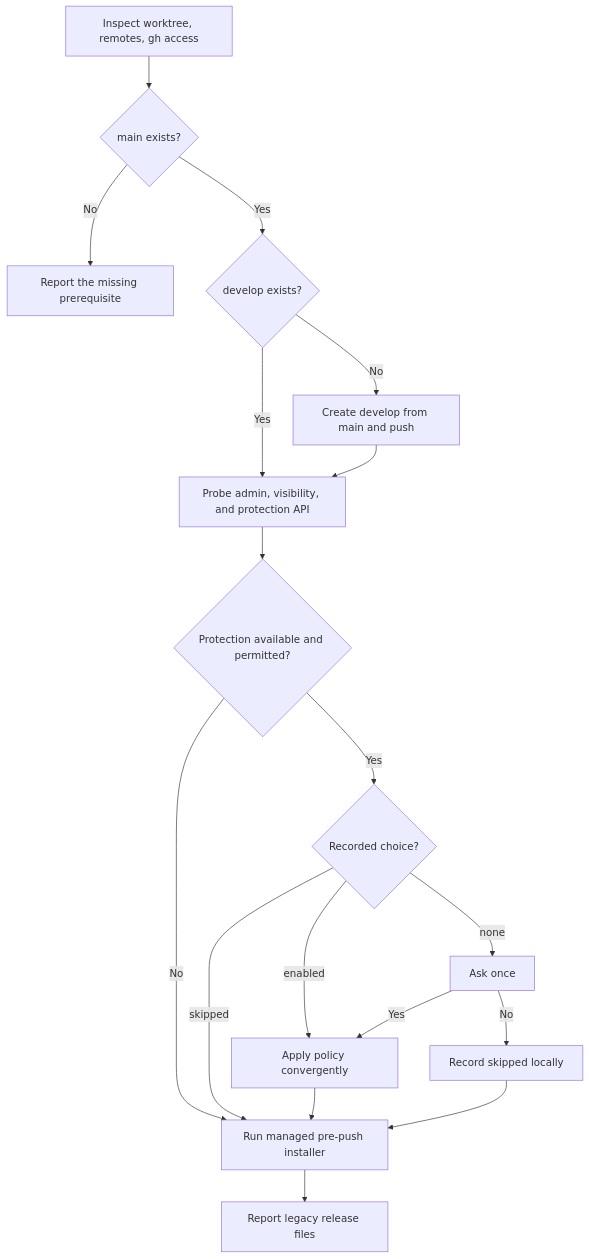
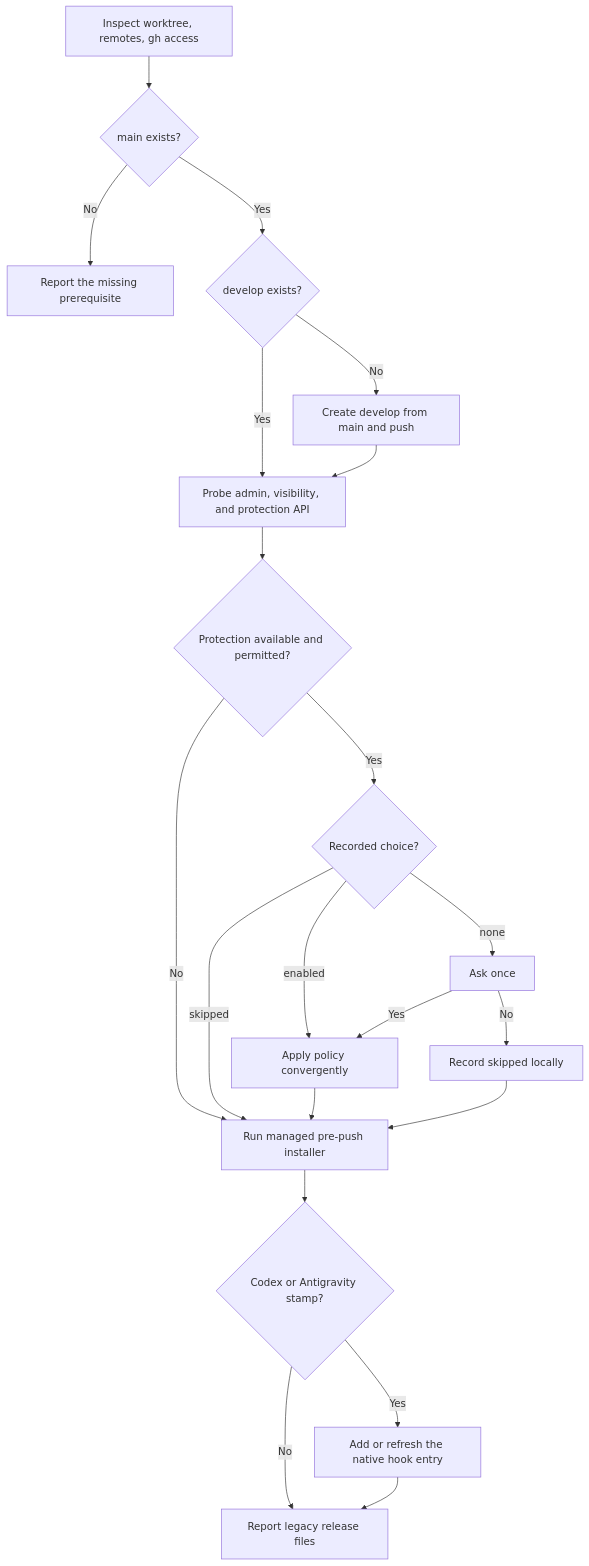
One commit to 0x0w1/jig changed the diagram in docs/en/skills/github-sync.md. Above: the diagram before and after it, drawn with Mermaid. The commit also changed other lines of this file and 43 other files, not shown here.

````diff
--- a/docs/en/skills/github-sync.md
+++ b/docs/en/skills/github-sync.md
@@ -23,20 +23,23 @@
 ```mermaid
 flowchart TD
     Inspect[Inspect worktree, remotes, gh access] --> Main{main exists?}
     Main -- No --> Stop[Report the missing prerequisite]
     Main -- Yes --> Develop{develop exists?}
     Develop -- No --> Create[Create develop from main and push]
     Develop -- Yes --> Probe
     Create --> Probe[Probe admin, visibility, and protection API]
     Probe --> Available{Protection available and permitted?}
     Available -- No --> Guard[Run managed pre-push installer]
     Available -- Yes --> Choice{Recorded choice?}
     Choice -- enabled --> Apply[Apply policy convergently]
     Choice -- skipped --> Guard
     Choice -- none --> Ask[Ask once]
     Ask -- Yes --> Apply
     Ask -- No --> Record[Record skipped locally]
     Apply --> Guard
     Record --> Guard
-    Guard --> Legacy[Report legacy release files]
+    Guard --> Hosts{Codex or Antigravity stamp?}
+    Hosts -- Yes --> Native[Add or refresh the native hook entry]
+    Hosts -- No --> Legacy
+    Native --> Legacy[Report legacy release files]
 ```
````
